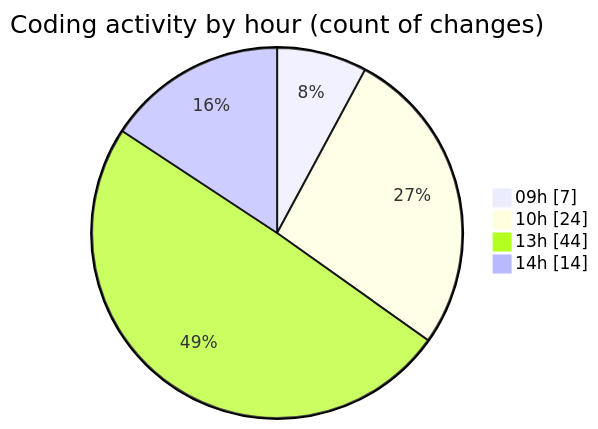
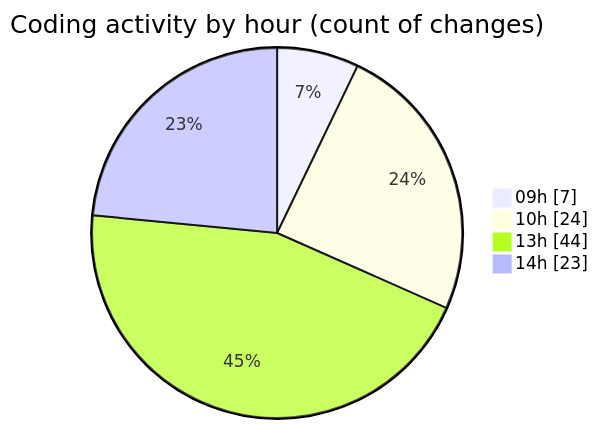
One commit to momahboobian/code-tracking changed the second of 2 diagrams in 2025-04-10/cda/README.md. Above: the diagram before and after it, drawn with Mermaid. The commit also changed other lines of this file and 1 other file, not shown here.

````diff
--- a/2025-04-10/cda/README.md
+++ b/2025-04-10/cda/README.md
@@ -32,8 +32,8 @@
 ```mermaid
 pie showData
 title Coding activity by hour (count of changes)
 "09h" : 7
 "10h" : 24
 "13h" : 44
-"14h" : 14
+"14h" : 23
 ```
````
